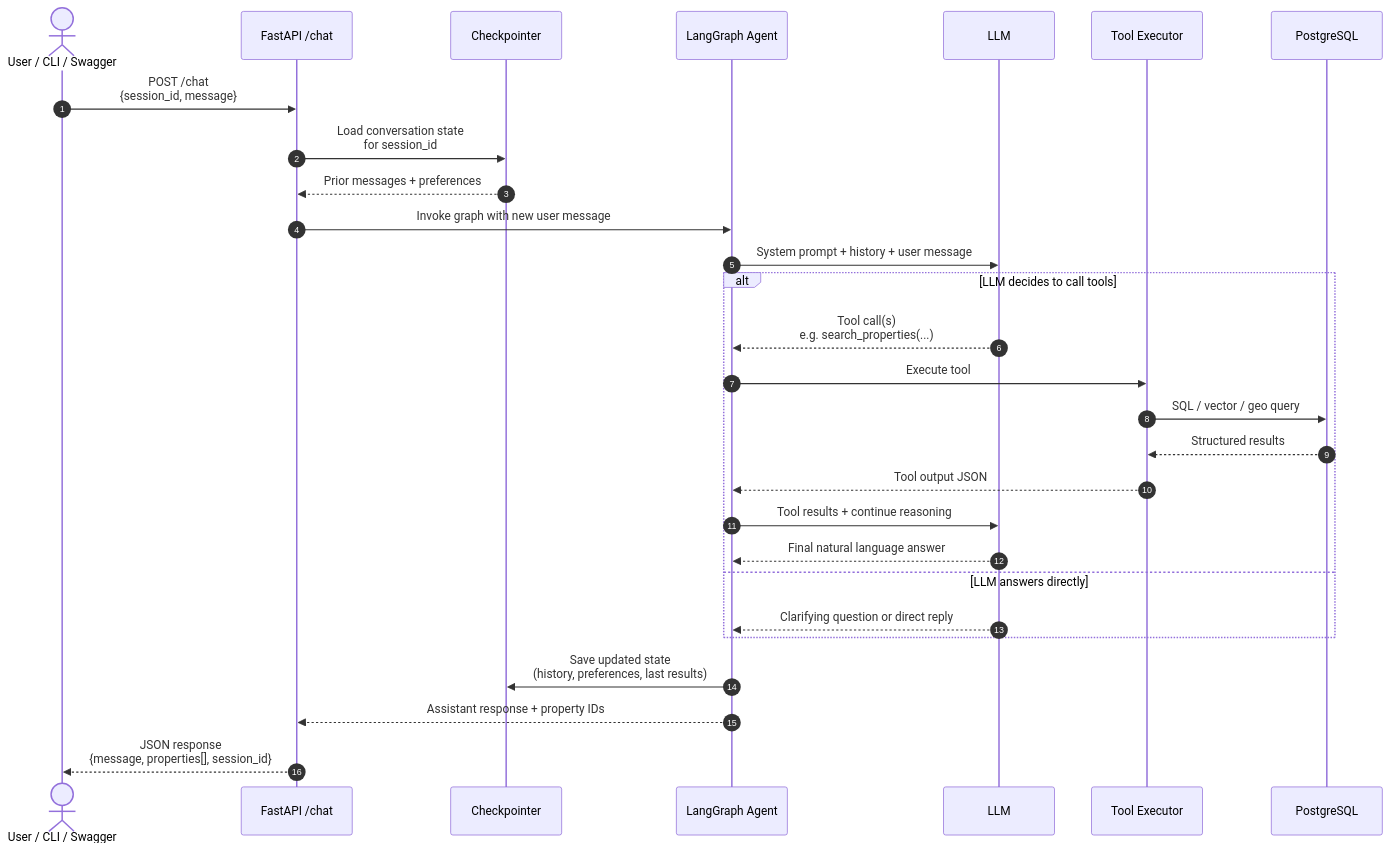
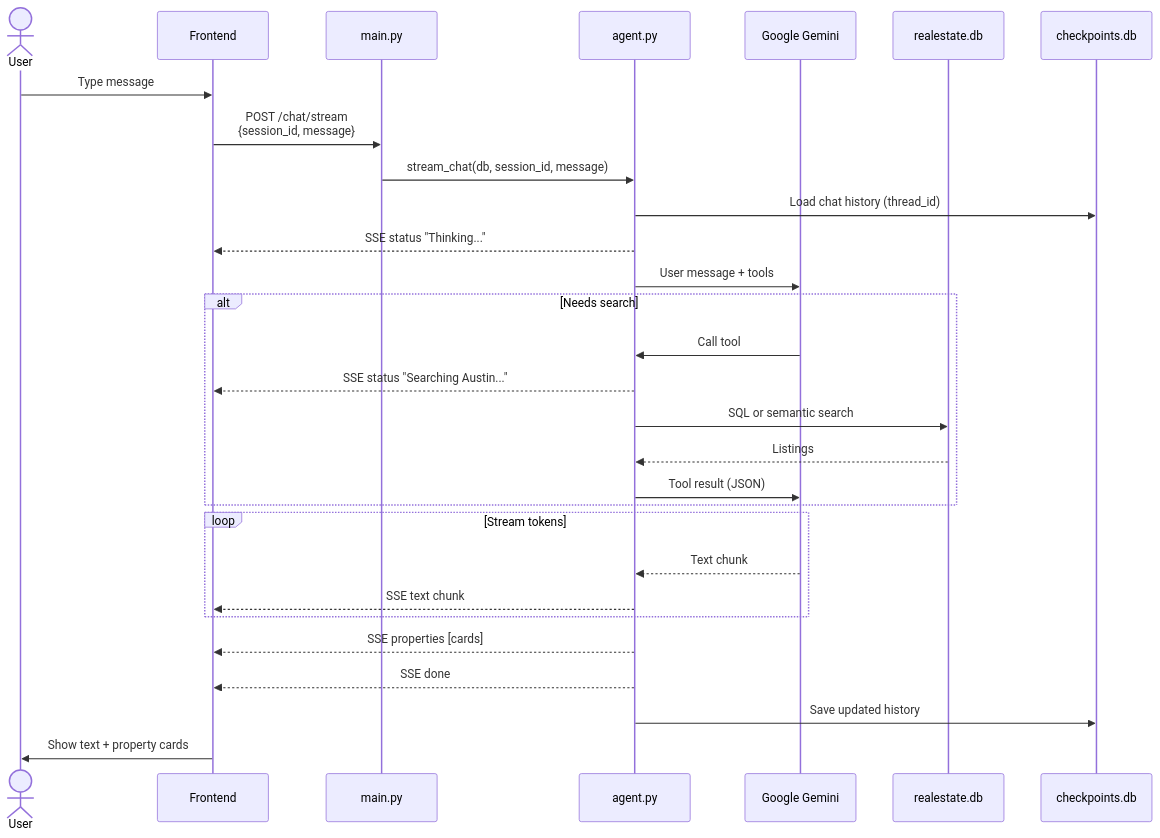
Before and after one commit to RushiIITKGP/realestate_agent: the third of 8 diagrams in PROCESS_DIAGRAMS.md, drawn with Mermaid. The commit also changed other lines of this file, not shown here.

Commit message:
Update PROCESS_DIAGRAMS.md for current flat architecture

````diff
--- a/PROCESS_DIAGRAMS.md
+++ b/PROCESS_DIAGRAMS.md
@@ -96,34 +94,37 @@
 ```mermaid
 sequenceDiagram
-    autonumber
-    actor User as User / CLI / Swagger
-    participant API as FastAPI /chat
-    participant CP as Checkpointer
-    participant Graph as LangGraph Agent
-    participant LLM as LLM
-    participant Tools as Tool Executor
-    participant DB as PostgreSQL
+    actor User
+    participant UI as Frontend
+    participant API as main.py
+    participant Agent as agent.py
+    participant LLM as Google Gemini
+    participant DB as realestate.db
+    participant Mem as checkpoints.db
 
-    User->>API: POST /chat<br/>{session_id, message}
-    API->>CP: Load conversation state<br/>for session_id
-    CP-->>API: Prior messages + preferences
+    User->>UI: Type message
+    UI->>API: POST /chat/stream<br/>{session_id, message}
 
-    API->>Graph: Invoke graph with new user message
-    Graph->>LLM: System prompt + history + user message
+    API->>Agent: stream_chat(db, session_id, message)
+    Agent->>Mem: Load chat history (thread_id)
 
-    alt LLM decides to call tools
-        LLM-->>Graph: Tool call(s)<br/>e.g. search_properties(...)
-        Graph->>Tools: Execute tool
-        Tools->>DB: SQL / vector / geo query
-        DB-->>Tools: Structured results
-        Tools-->>Graph: Tool output JSON
-        Graph->>LLM: Tool results + continue reasoning
-        LLM-->>Graph: Final natural language answer
-    else LLM answers directly
-        LLM-->>Graph: Clarifying question or direct reply
+    Agent-->>UI: SSE status "Thinking..."
+    Agent->>LLM: User message + tools
+
+    alt Needs search
+        LLM->>Agent: Call tool
+        Agent-->>UI: SSE status "Searching Austin..."
+        Agent->>DB: SQL or semantic search
+        DB-->>Agent: Listings
+        Agent->>LLM: Tool result (JSON)
     end
 
-    Graph->>CP: Save updated state<br/>(history, preferences, last results)
-    Graph-->>API: Assistant response + property IDs
-    API-->>User: JSON response<br/>{message, properties[], session_id}
+    loop Stream tokens
+        LLM-->>Agent: Text chunk
+        Agent-->>UI: SSE text chunk
+    end
+
+    Agent-->>UI: SSE properties [cards]
+    Agent-->>UI: SSE done
+    Agent->>Mem: Save updated history
+    UI->>User: Show text + property cards
 ```
````
